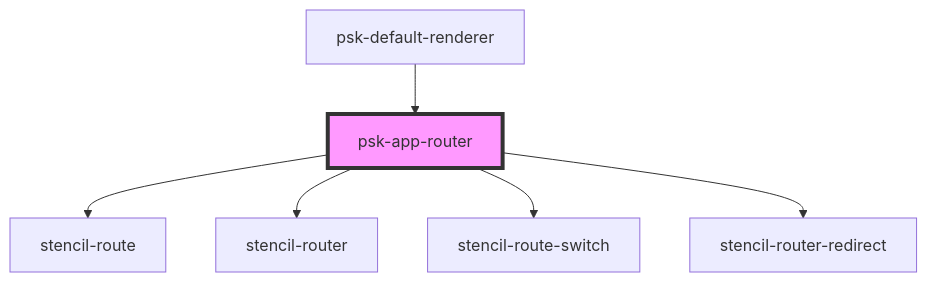
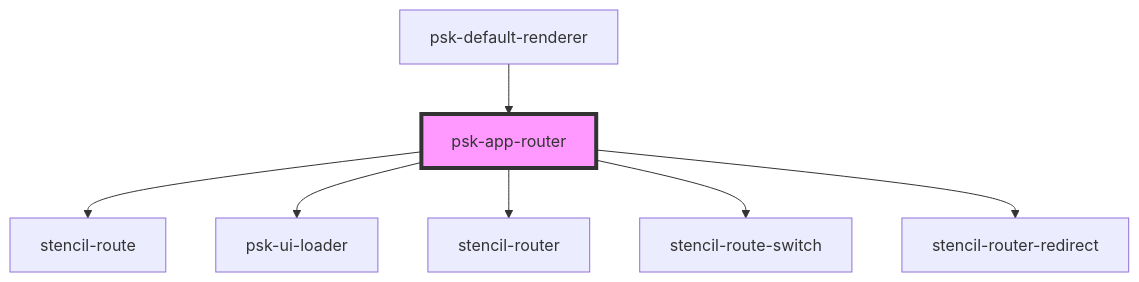
One commit to webcardinal/cardinal-core changed the diagram in src/components/psk-app-router/readme.md. Above: the diagram before and after it, drawn with Mermaid. The commit also changed other lines of this file and 121 other files, not shown here.

````diff
--- a/src/components/psk-app-router/readme.md
+++ b/src/components/psk-app-router/readme.md
@@ -39,9 +40,10 @@
 ```mermaid
 graph TD;
   psk-app-router --> stencil-route
+  psk-app-router --> psk-ui-loader
   psk-app-router --> stencil-router
   psk-app-router --> stencil-route-switch
   psk-app-router --> stencil-router-redirect
   psk-default-renderer --> psk-app-router
   style psk-app-router fill:#f9f,stroke:#333,stroke-width:4px
 ```
````
